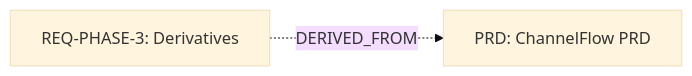
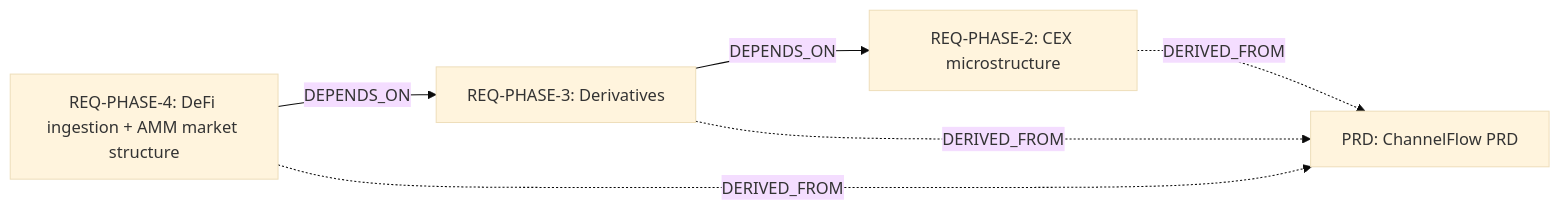
Before and after one commit to nikshev/market-forge: the fifth of 11 diagrams in vault/00-index/Traceability Dashboard.md, drawn with Mermaid (base theme). The commit also changed other lines of this file, not shown here.

````diff
--- a/vault/00-index/Traceability Dashboard.md
+++ b/vault/00-index/Traceability Dashboard.md
@@ -145,6 +166,12 @@
 ```mermaid
 graph LR
   PRD["PRD: ChannelFlow PRD"]
+  REQ_PHASE_2["REQ-PHASE-2: CEX microstructure"]
   REQ_PHASE_3["REQ-PHASE-3: Derivatives"]
+  REQ_PHASE_4["REQ-PHASE-4: DeFi ingestion + AMM market structure"]
+  REQ_PHASE_3 -->|DEPENDS_ON| REQ_PHASE_2
+  REQ_PHASE_4 -->|DEPENDS_ON| REQ_PHASE_3
+  REQ_PHASE_2 -.->|DERIVED_FROM| PRD
   REQ_PHASE_3 -.->|DERIVED_FROM| PRD
+  REQ_PHASE_4 -.->|DERIVED_FROM| PRD
 ```
````
